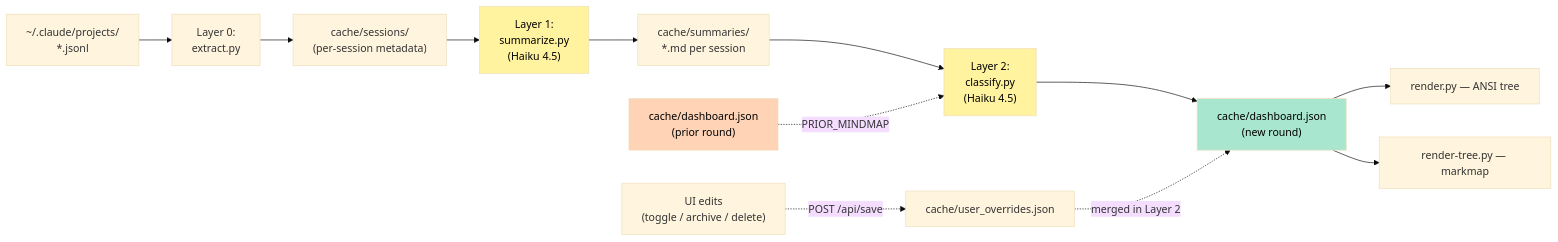
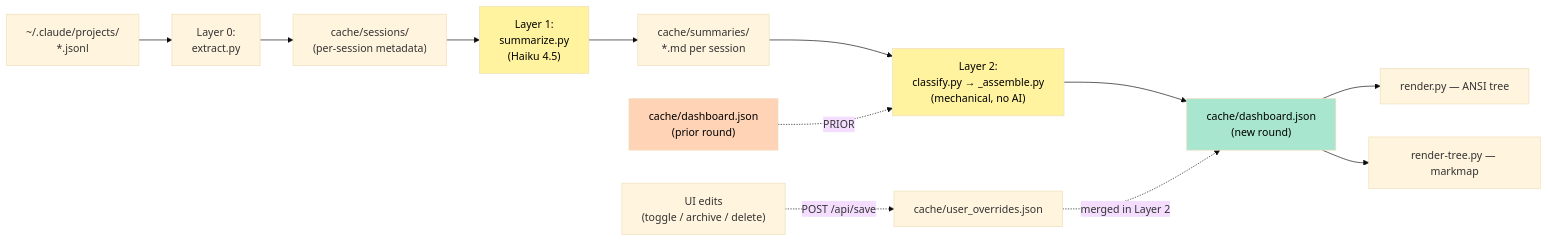
The first of 8 diagrams in docs/ARCHITECTURE.md (Icesource/claude-stray), drawn with Mermaid (base theme) before and after one commit. The commit also changed other lines of this file and 12 other files, not shown here.

````diff
--- a/docs/ARCHITECTURE.md
+++ b/docs/ARCHITECTURE.md
@@ -33,19 +34,19 @@
 ```mermaid
 flowchart LR
     A["~/.claude/projects/<br/>*.jsonl"] --> L0["Layer 0:<br/>extract.py"]
     L0 --> S["cache/sessions/<br/>(per-session metadata)"]
     S --> L1["Layer 1:<br/>summarize.py<br/>(Haiku 4.5)"]
     L1 --> SM["cache/summaries/<br/>*.md per session"]
-    SM --> L2["Layer 2:<br/>classify.py<br/>(Haiku 4.5)"]
-    P["cache/dashboard.json<br/>(prior round)"] -.->|PRIOR_MINDMAP| L2
+    SM --> L2["Layer 2:<br/>classify.py → _assemble.py<br/>(mechanical, no AI)"]
+    P["cache/dashboard.json<br/>(prior round)"] -.->|PRIOR| L2
     L2 --> M["cache/dashboard.json<br/>(new round)"]
     M --> R1["render.py — ANSI tree"]
     M --> R3["render-tree.py — markmap"]
     U["UI edits<br/>(toggle / archive / delete)"] -.->|"POST /api/save"| OV["cache/user_overrides.json"]
     OV -.->|"merged in Layer 2"| M
 
     style L1 fill:#fff3a0,color:#000
     style L2 fill:#fff3a0,color:#000
     style M fill:#a8e6cf,color:#000
     style P fill:#ffd3b6,color:#000
 ```
````
